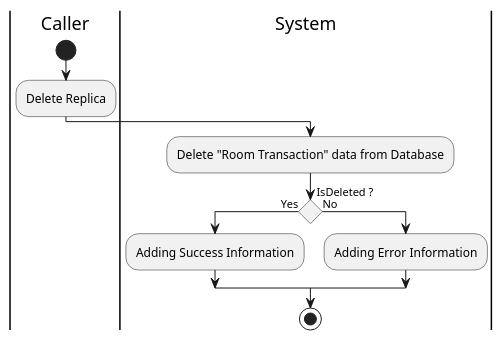
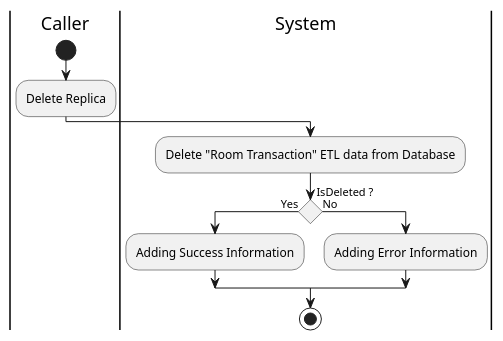
The diagram in Activity/Release02/DeleteRoomTransactionETL.wsd (fwidjaya20/fazzlearning-uml), drawn with PlantUML before and after one commit. The commit also changed 3 other files, not shown here.

Commit message:
activity: adding ETL label for replica user and transaction

```diff
--- a/Activity/Release02/DeleteRoomTransactionETL.wsd
+++ b/Activity/Release02/DeleteRoomTransactionETL.wsd
@@ -1,25 +1,25 @@
 @startuml DeleteRoomTransactionETL
 
 skinparam ConditionEndStyle hline
 skinparam conditionStyle diamond
 skinparam Monochrome true
 skinparam Shadowing false
 
 |Caller|
 
 start
 
 :Delete Replica;
 
 |System|
-:Delete "Room Transaction" data from Database;
+:Delete "Room Transaction" ETL data from Database;
 
 if (IsDeleted ?) then (Yes)
     :Adding Success Information;
 else (No)
     :Adding Error Information;
 endif
 
 stop
 
 @enduml
```
